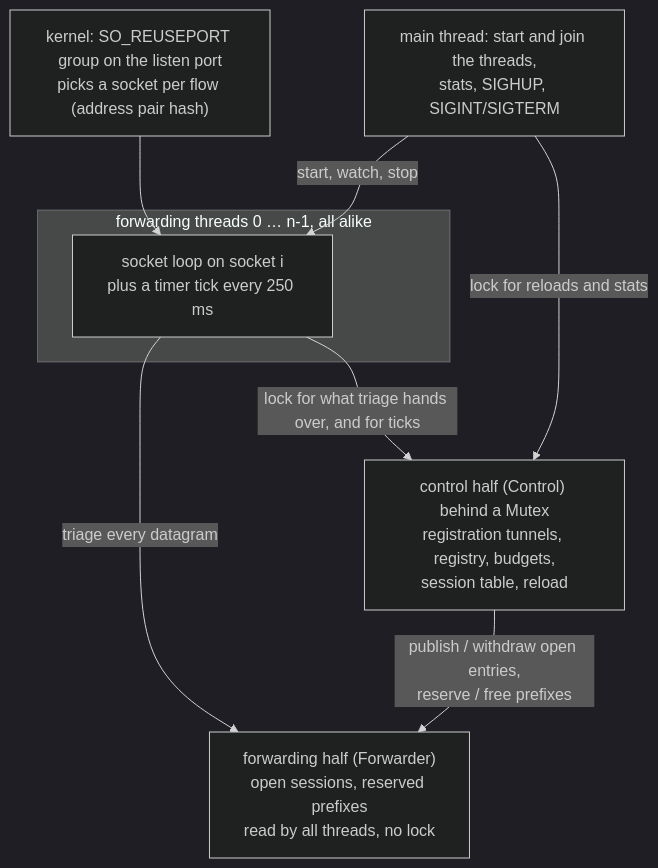
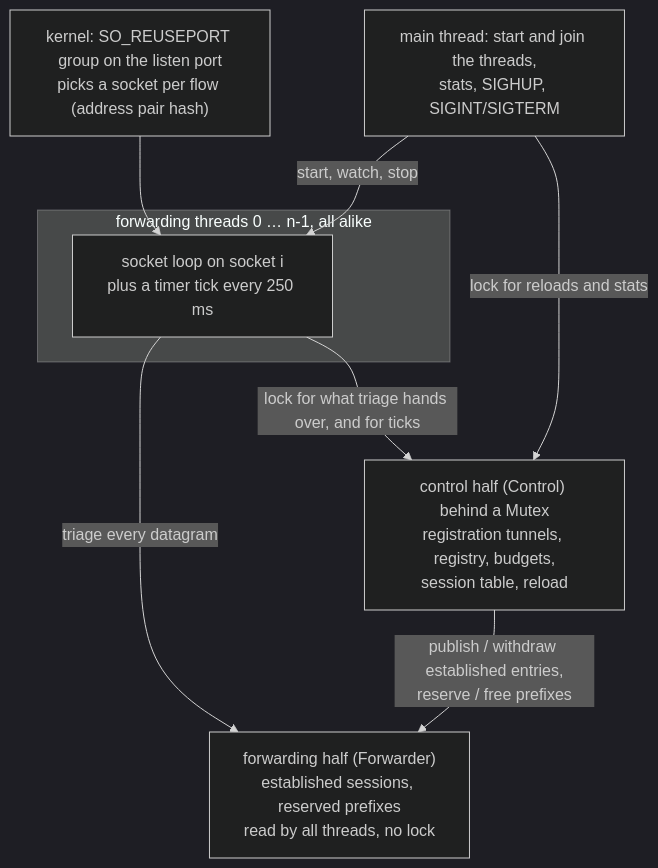
One commit to 3alpha/wg-relay changed the eighth of 23 diagrams in docs/how-it-works.md. Above: the diagram before and after it, drawn with Mermaid (dark theme). The commit also changed other lines of this file and 16 other files, not shown here.

First line of the commit message:
refactor(tables): call the open session state established

````diff
--- a/docs/how-it-works.md
+++ b/docs/how-it-works.md
@@ -324,16 +324,16 @@
 ```mermaid
 flowchart TB
     K["kernel: SO_REUSEPORT group on the listen port<br/>picks a socket per flow (address pair hash)"]
     subgraph threads["forwarding threads 0 … n-1, all alike"]
         L["socket loop on socket i<br/>plus a timer tick every 250 ms"]
     end
     M["main thread: start and join the threads,<br/>stats, SIGHUP, SIGINT/SIGTERM"]
-    F["forwarding half (Forwarder)<br/>open sessions, reserved prefixes<br/>read by all threads, no lock"]
+    F["forwarding half (Forwarder)<br/>established sessions, reserved prefixes<br/>read by all threads, no lock"]
     C["control half (Control) behind a Mutex<br/>registration tunnels, registry, budgets,<br/>session table, reload"]
     K --> L
     L -- "triage every datagram" --> F
     L -- "lock for what triage hands over, and for ticks" --> C
     M -- "lock for reloads and stats" --> C
     M -- "start, watch, stop" --> L
-    C -- "publish / withdraw open entries,<br/>reserve / free prefixes" --> F
+    C -- "publish / withdraw established entries,<br/>reserve / free prefixes" --> F
 ```
````
